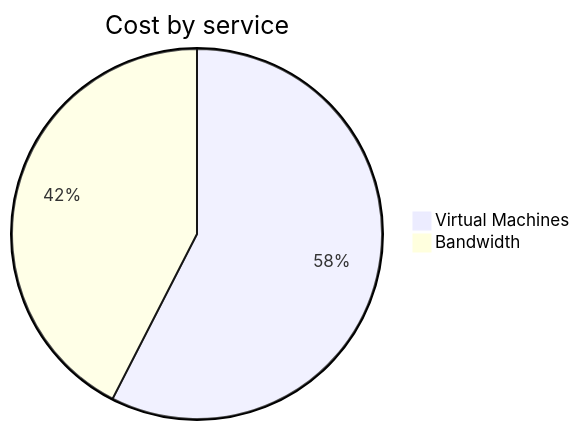
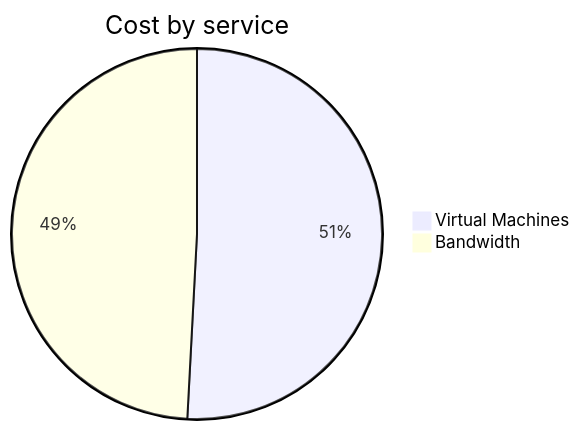
One commit to jpfulton/azure-personal-reports changed the second of 4 diagrams in cost-reports/personal-network/vpn-server.md. Above: the diagram before and after it, drawn with Mermaid. The commit also changed other lines of this file and 8 other files, not shown here.

````diff
--- a/cost-reports/personal-network/vpn-server.md
+++ b/cost-reports/personal-network/vpn-server.md
@@ -94,6 +94,6 @@
 ```mermaid
 pie
    title Cost by service
-   "Virtual Machines" : 0.42
-   "Bandwidth" : 0.31
+   "Virtual Machines" : 0.61
+   "Bandwidth" : 0.59
 ```
````
